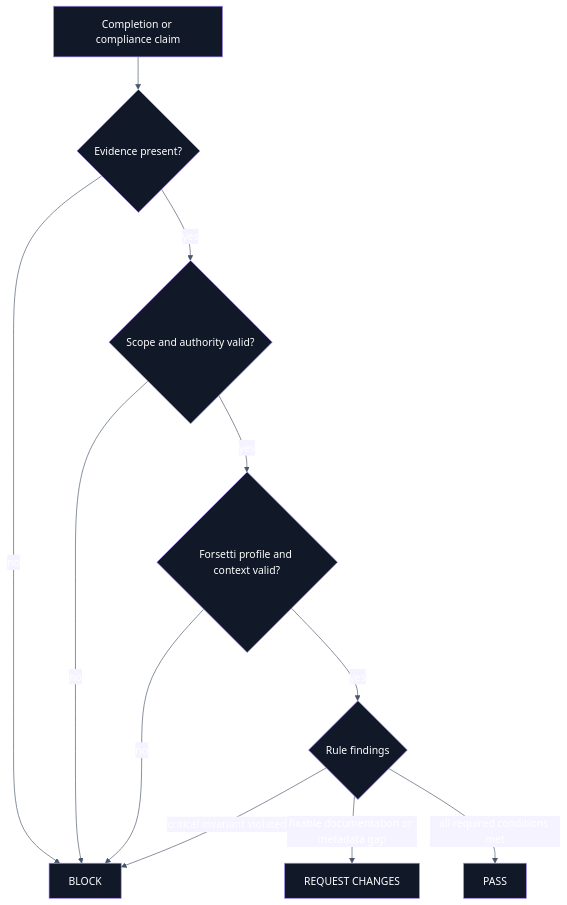
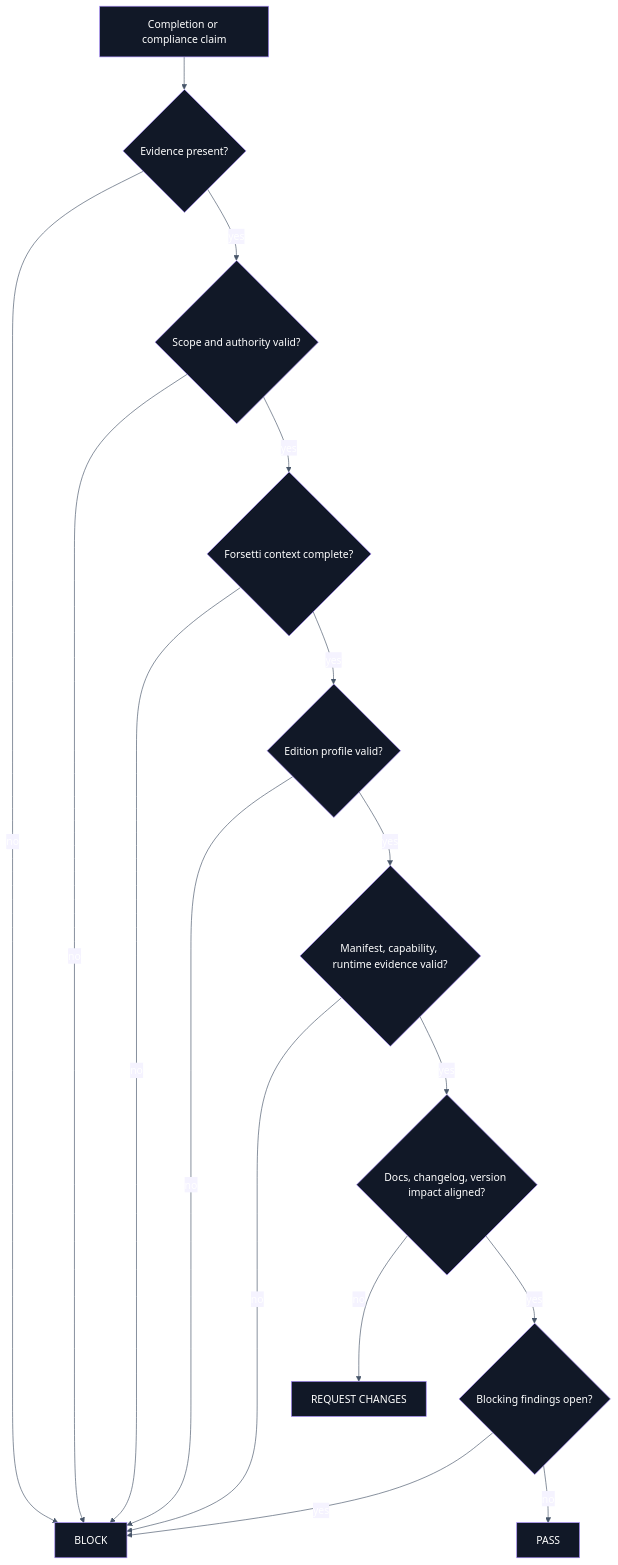
One commit to flynn33/forsetti-agentic-edition changed the first of 3 diagrams in wiki/Compliance.md. Above: the diagram before and after it, drawn with Mermaid. The commit also changed other lines of this file and 11 other files, not shown here.

````diff
--- a/wiki/Compliance.md
+++ b/wiki/Compliance.md
@@ -12,14 +13,19 @@
 ```mermaid
 %%{init: {"theme":"base","themeVariables":{"primaryColor":"#111827","primaryTextColor":"#ffffff","primaryBorderColor":"#a78bfa","lineColor":"#475569","secondaryColor":"#f5f3ff","tertiaryColor":"#ecfeff"}}}%%
 flowchart TB
     Claim["Completion or compliance claim"] --> Evidence{"Evidence present?"}
     Evidence -->|no| Block["BLOCK"]
     Evidence -->|yes| Scope{"Scope and authority valid?"}
     Scope -->|no| Block
-    Scope -->|yes| Profile{"Forsetti profile and context valid?"}
+    Scope -->|yes| Context{"Forsetti context complete?"}
+    Context -->|no| Block
+    Context -->|yes| Profile{"Edition profile valid?"}
     Profile -->|no| Block
-    Profile -->|yes| Rules{"Rule findings"}
-    Rules -->|critical invariant violated| Block
-    Rules -->|fixable documentation or metadata gap| Request["REQUEST CHANGES"]
-    Rules -->|all required conditions met| Pass["PASS"]
+    Profile -->|yes| Manifest{"Manifest, capability, runtime evidence valid?"}
+    Manifest -->|no| Block
+    Manifest -->|yes| Docs{"Docs, changelog, version impact aligned?"}
+    Docs -->|no| Request["REQUEST CHANGES"]
+    Docs -->|yes| Findings{"Blocking findings open?"}
+    Findings -->|yes| Block
+    Findings -->|no| Pass["PASS"]
 ```
````
